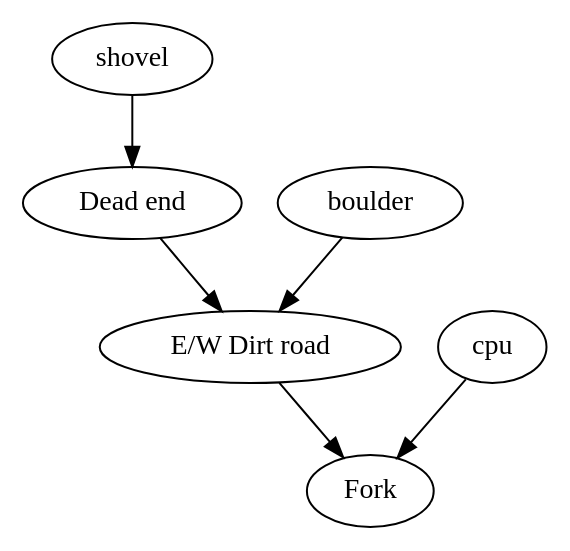
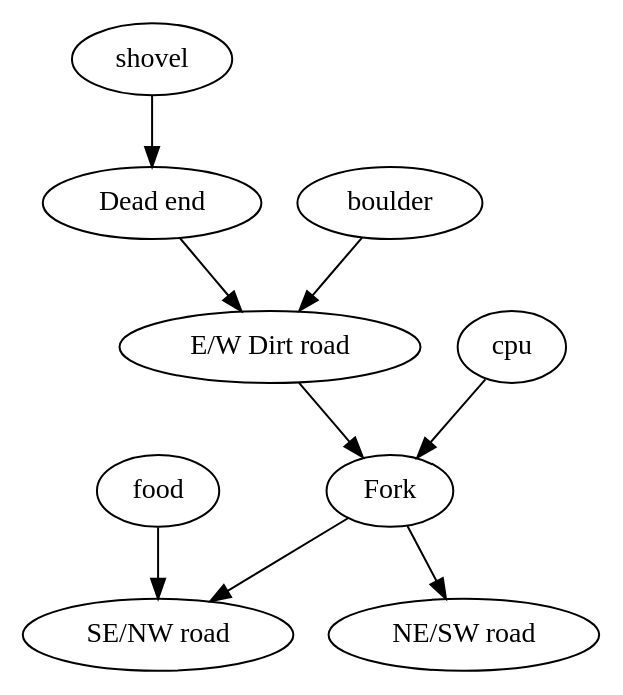
The diagram in dunnet.org (alvarogonzalezsotillo/.emacs.d), drawn with Graphviz before and after one commit. The commit also changed other lines of this file, not shown here.

```diff
--- a/dunnet.org
+++ b/dunnet.org
@@ -2,10 +2,13 @@
 #+BEGIN_SRC dot :file ./dunnet.svg :exports results :cmd dot :cmdline -Tsvg
 digraph{
   "shovel" -> "Dead end"
   "Dead end" -> "E/W Dirt road"
   "boulder" -> "E/W Dirt road"
   "E/W Dirt road" -> "Fork"
   "cpu" -> "Fork"
+  "Fork" -> "SE/NW road"
+  "food" -> "SE/NW road"
+  "Fork" -> "NE/SW road"
 }
 
 #+END_SRC
```
